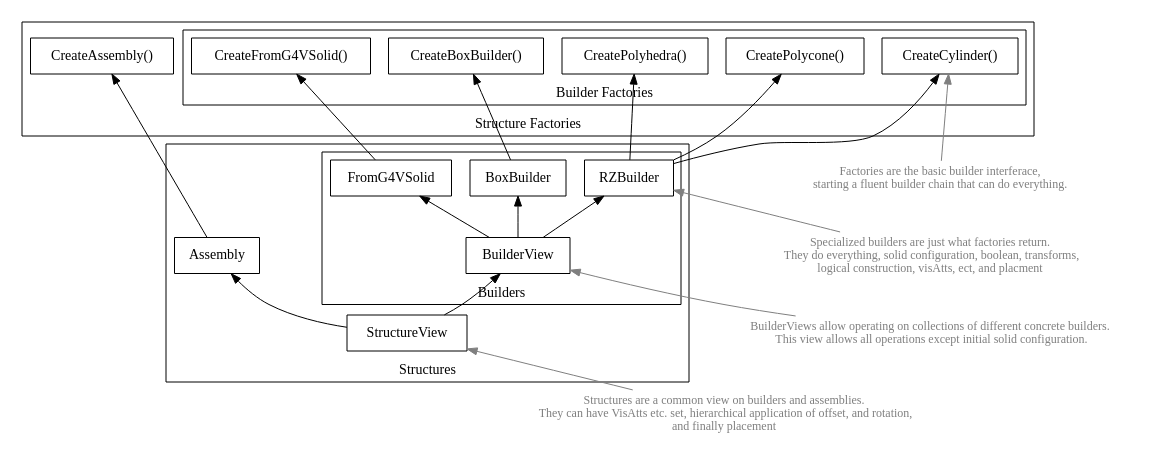
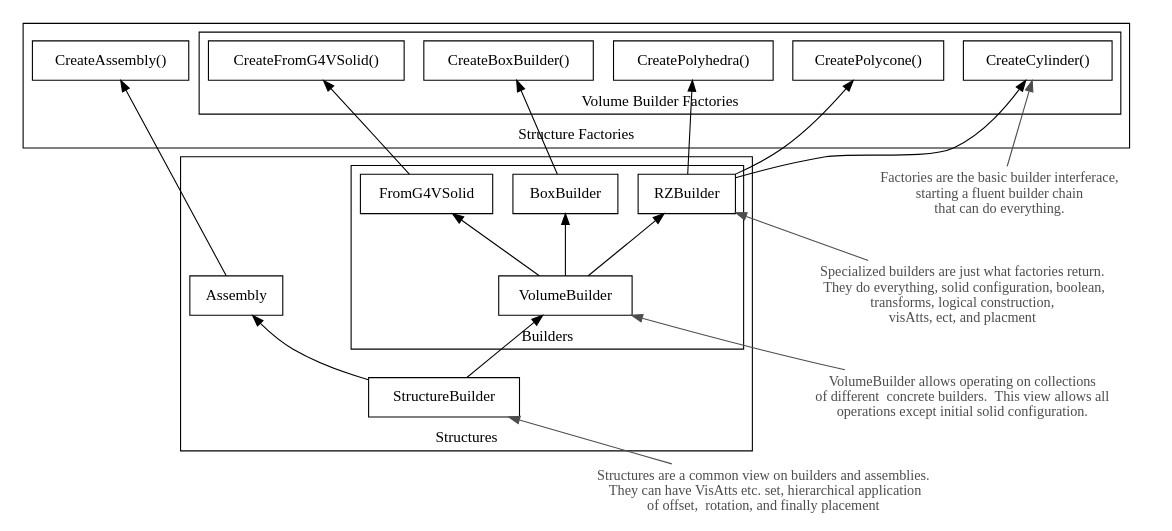
The diagram in docs/dots/builder_graph.dot (DSLeonard-coding/VolumeBuilders), drawn with Graphviz before and after one commit. The commit also changed 26 other files, not shown here.

```diff
--- a/docs/dots/builder_graph.dot
+++ b/docs/dots/builder_graph.dot
@@ -1,79 +1,79 @@
 digraph fake_hierarchy {
     size="12,";
     rankdir = BT; // bottom to top
 
     node [shape = box];
 
     subgraph cluster_row1 {
     label = "Structures";
     nodesep = 2.0;
-    StructureView;
+    StructureBuilder;
     subgraph cluster_row2 {
         label = "Builders";
-        BuilderView;
+        VolumeBuilder;
         RZBuilder;
         BoxBuilder;
         FromG4VSolid;
         rank = same;
     }
     Assembly;
     dummy;
     rank = same;
     }
 
 
     //subgraph cluster_row3 {
  //   label="FromG4VSolid Factory";
  //   rank=same;
  // }
 
 subgraph cluster_row3 {
     label = "Structure Factories"
     subgraph cluster_row4 {
-        label = "Builder Factories";
+        label = "Volume Builder Factories";
         "CreateFromG4VSolid()";
         "CreateBoxBuilder()";
         "CreatePolycone()";
         "CreatePolyhedra()";
         "CreateCylinder()";
         rank = same;
     }
     "CreateAssembly()";
 }
 
 subgraph side_comments {
     label ="";
     rankdir=TB;
     style = invis;
     builderComment;
     concreteBuilderComment;
     structureComment;
     factoryComment;
     builderComment -> concreteBuilderComment-> factoryComment [style = invis];
     structureComment-> builderComment  [style = invis];
 }
 
     // edges between nodes
      dummy [label = "", shape = box, width = 0.5; style = invis];
-    structureComment [label="Structures are a common view on builders and assemblies.\n  They can have VisAtts etc. set, hierarchical application of offset, and rotation,\n and finally placement", shape=plaintext, fontcolor=gray50, fontsize=12, width=0, height=0]
-    structureComment -> StructureView [color = gray50];
-    builderComment [label="BuilderViews allow operating on collections of different concrete builders.\n  This view allows all operations except initial solid configuration.", shape=plaintext, fontcolor=gray50, fontsize=12, width=0, height=0]
-    builderComment -> BuilderView [color = gray50];
-    concreteBuilderComment [label="Specialized builders are just what factories return.\n  They do everything, solid configuration, boolean, transforms,\n logical construction, visAtts, ect, and placment", shape=plaintext, fontcolor=gray50, fontsize=12, width=0, height=0]
-    concreteBuilderComment -> RZBuilder [color = gray50];
-    factoryComment [label="Factories are the basic builder interferace,\n starting a fluent builder chain that can do everything.", shape=plaintext, fontcolor=gray50, fontsize=12, width=0, height=0]
-    factoryComment -> "CreateCylinder()" [color = gray50];
-    StructureView -> BuilderView;
-    StructureView -> dummy [style = invis];
-    StructureView -> Assembly;
+    structureComment [label="Structures are a common view on builders and assemblies.\n  They can have VisAtts etc. set, hierarchical application \n of offset,  rotation, and finally placement", shape=plaintext, fontcolor=gray30, fontsize=13, width=0, height=0]
+    structureComment -> StructureBuilder [color = gray30];
+    builderComment [label="VolumeBuilder allows operating on collections \n of different  concrete builders.  This view allows all \n operations except initial solid configuration.", shape=plaintext, fontcolor=gray30, fontsize=13, width=0, height=0]
+    builderComment -> VolumeBuilder [color = gray30];
+    concreteBuilderComment [label="Specialized builders are just what factories return.\n  They do everything, solid configuration, boolean, \n transforms, logical construction, \n visAtts, ect, and placment", shape=plaintext, fontcolor=gray30, fontsize=13, width=0, height=0]
+    concreteBuilderComment -> RZBuilder [color = gray30];
+    factoryComment [label="Factories are the basic builder interferace,\n starting a fluent builder chain \n that can do everything.", shape=plaintext, fontcolor=gray30, fontsize=13, width=0, height=0]
+    factoryComment -> "CreateCylinder()" [color = gray30];
+    StructureBuilder -> VolumeBuilder;
+    StructureBuilder -> dummy [style = invis];
+    StructureBuilder -> Assembly;
     dummy -> "CreateFromG4VSolid()" [style = invis];
-    BuilderView -> RZBuilder;
-    BuilderView -> "FromG4VSolid";
-    BuilderView -> "BoxBuilder";
+    VolumeBuilder -> RZBuilder;
+    VolumeBuilder -> "FromG4VSolid";
+    VolumeBuilder -> "BoxBuilder";
     FromG4VSolid -> "CreateFromG4VSolid()";
     RZBuilder -> "CreatePolycone()";
     RZBuilder -> "CreatePolyhedra()";
     RZBuilder -> "CreateCylinder()";
     BoxBuilder -> "CreateBoxBuilder()";
     Assembly -> "CreateAssembly()";
 }
```
